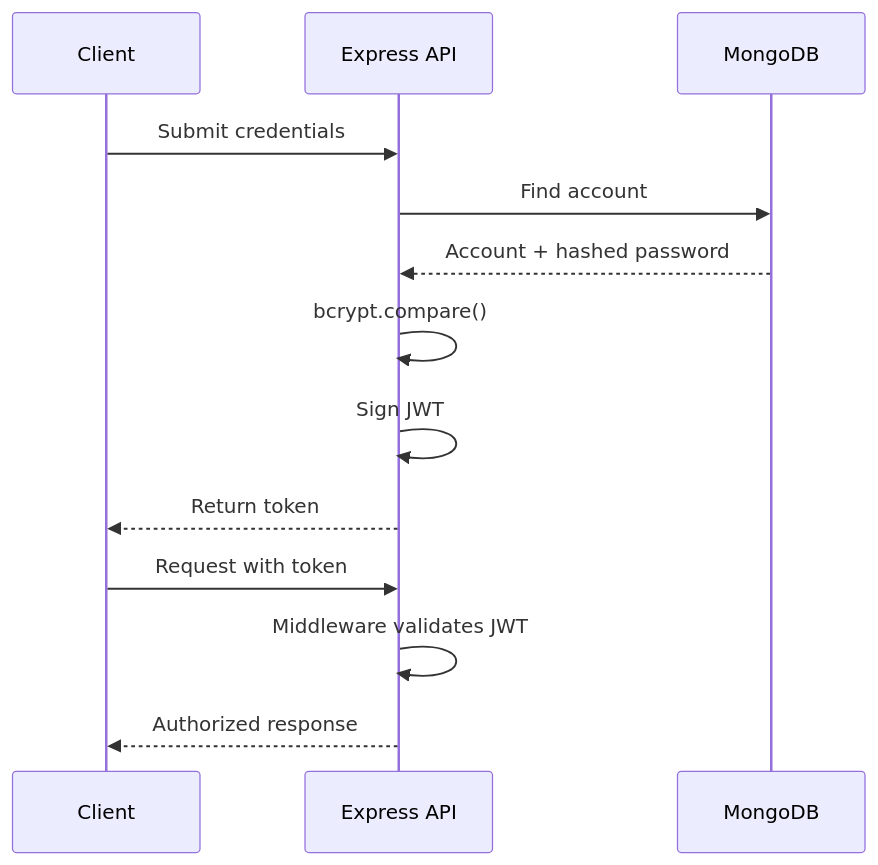
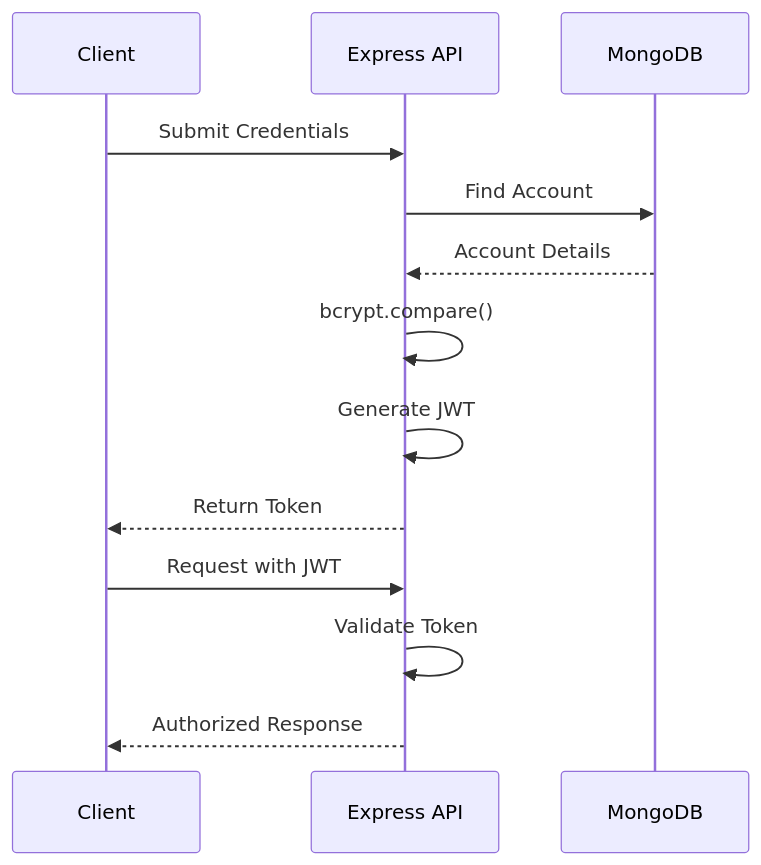
One commit to aryankk073/Prescripto changed the ninth of 10 diagrams in README.md. Above: the diagram before and after it, drawn with Mermaid. The commit also changed other lines of this file and 1 other file, not shown here.

````diff
--- a/README.md
+++ b/README.md
@@ -348,16 +349,17 @@
 ```mermaid
 sequenceDiagram
     participant C as Client
     participant API as Express API
     participant DB as MongoDB
 
-    C->>API: Submit credentials
-    API->>DB: Find account
-    DB-->>API: Account + hashed password
+    C->>API: Submit Credentials
+    API->>DB: Find Account
+    DB-->>API: Account Details
     API->>API: bcrypt.compare()
-    API->>API: Sign JWT
-    API-->>C: Return token
-    C->>API: Request with token
-    API->>API: Middleware validates JWT
-    API-->>C: Authorized response
+    API->>API: Generate JWT
+    API-->>C: Return Token
+
+    C->>API: Request with JWT
+    API->>API: Validate Token
+    API-->>C: Authorized Response
 ```
````
